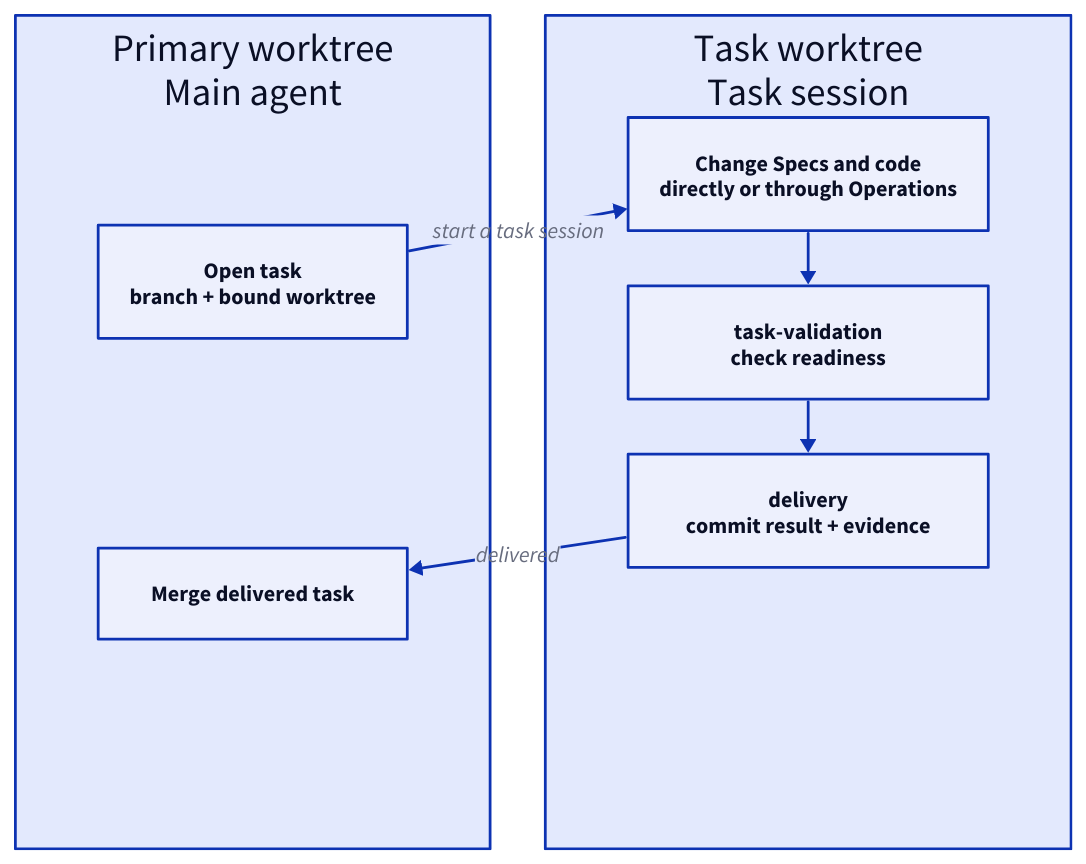
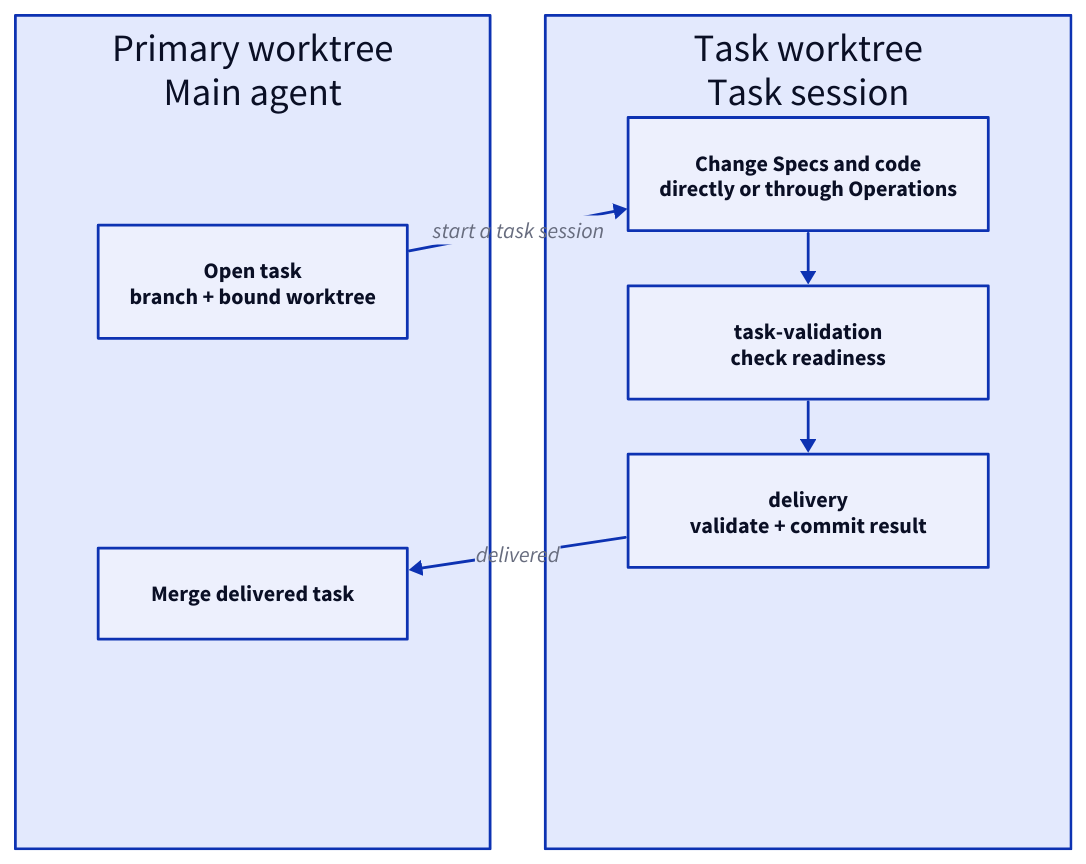
The first of 6 diagrams in specs/concorde/module.md (FTOD/concorde), drawn with D2 before and after one commit. The commit also changed other lines of this file and 39 other files, not shown here.

First line of the commit message:
Drop the evidence bundle; commit each ended task's decision log

````diff
--- a/specs/concorde/module.md
+++ b/specs/concorde/module.md
@@ -66,18 +66,18 @@
 ```d2 illustrative
 grid-rows: 1
 primary: "Primary worktree\nMain agent" {
   grid-columns: 1
   vertical-gap: 152
   open: "Open task\nbranch + bound worktree"
   merge: "Merge delivered task"
 }
 task: "Task worktree\nTask session" {
   grid-columns: 1
   work: "Change Specs and code\ndirectly or through Operations"
   validate: "task-validation\ncheck readiness"
-  deliver: "delivery\ncommit result + evidence"
+  deliver: "delivery\nvalidate + commit result"
   work -> validate -> deliver
 }
 primary.open -> task.work: start a task session
 task.deliver -> primary.merge: delivered
 ```
````
